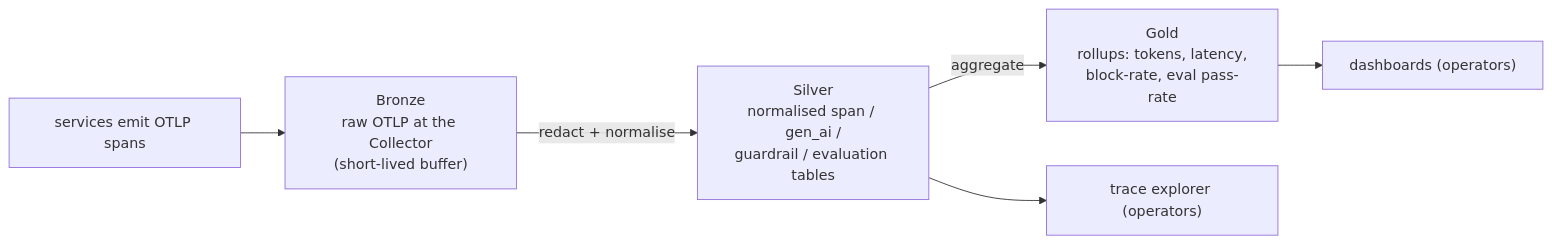
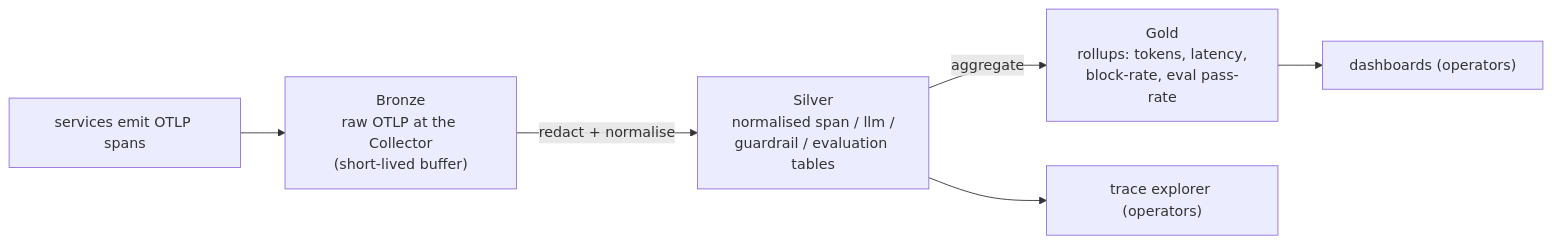
One commit to DimitarAtanassov/arc-platform changed the diagram in docs/data-plan.md. Above: the diagram before and after it, drawn with Mermaid. The commit also changed other lines of this file and 6 other files, not shown here.

````diff
--- a/docs/data-plan.md
+++ b/docs/data-plan.md
@@ -33,8 +35,8 @@
 ```mermaid
 flowchart LR
     EMIT["services emit OTLP spans"] --> BRONZE["Bronze<br/>raw OTLP at the Collector<br/>(short-lived buffer)"]
-    BRONZE -->|"redact + normalise"| SILVER["Silver<br/>normalised span / gen_ai /<br/>guardrail / evaluation tables"]
+    BRONZE -->|"redact + normalise"| SILVER["Silver<br/>normalised span / llm /<br/>guardrail / evaluation tables"]
     SILVER -->|"aggregate"| GOLD["Gold<br/>rollups: tokens, latency,<br/>block-rate, eval pass-rate"]
     SILVER --> EXPLORE["trace explorer (operators)"]
     GOLD --> DASH["dashboards (operators)"]
 ```
````
